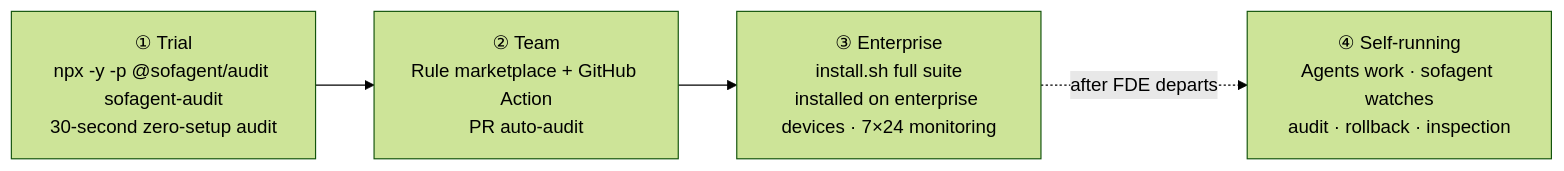
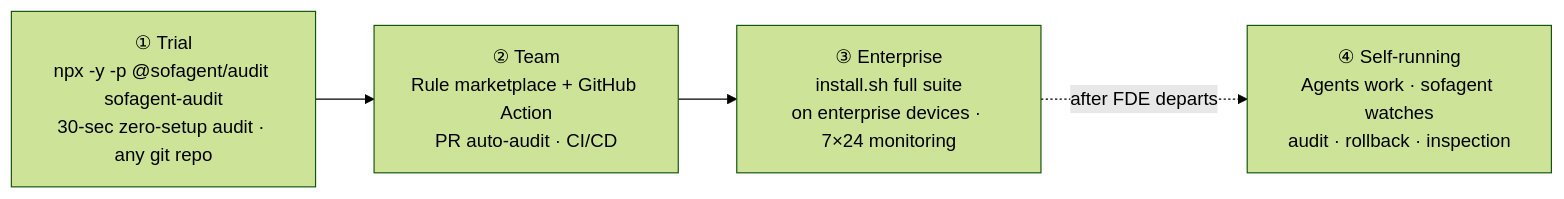
The second of 2 diagrams in README.en.md (KongFangXun/sofagent), drawn with Mermaid (forest theme) before and after one commit. The commit also changed other lines of this file and 77 other files, not shown here.

````diff
--- a/README.en.md
+++ b/README.en.md
@@ -223,6 +206,5 @@
 ```mermaid
 graph LR
-    A["① Trial<br/>npx -y -p @sofagent/audit sofagent-audit<br/>30-second zero-setup audit"] --> B["② Team<br/>Rule marketplace + GitHub Action<br/>PR auto-audit"]
-    B --> C["③ Enterprise<br/>install.sh full suite<br/>installed on enterprise devices · 7×24 monitoring"]
+    A["① Trial<br/>npx -y -p @sofagent/audit sofagent-audit<br/>30-sec zero-setup audit · any git repo"] --> B["② Team<br/>Rule marketplace + GitHub Action<br/>PR auto-audit · CI/CD"] --> C["③ Enterprise<br/>install.sh full suite<br/>on enterprise devices · 7×24 monitoring"]
     C -.->|after FDE departs| D["④ Self-running<br/>Agents work · sofagent watches<br/>audit · rollback · inspection"]
 ```
````
